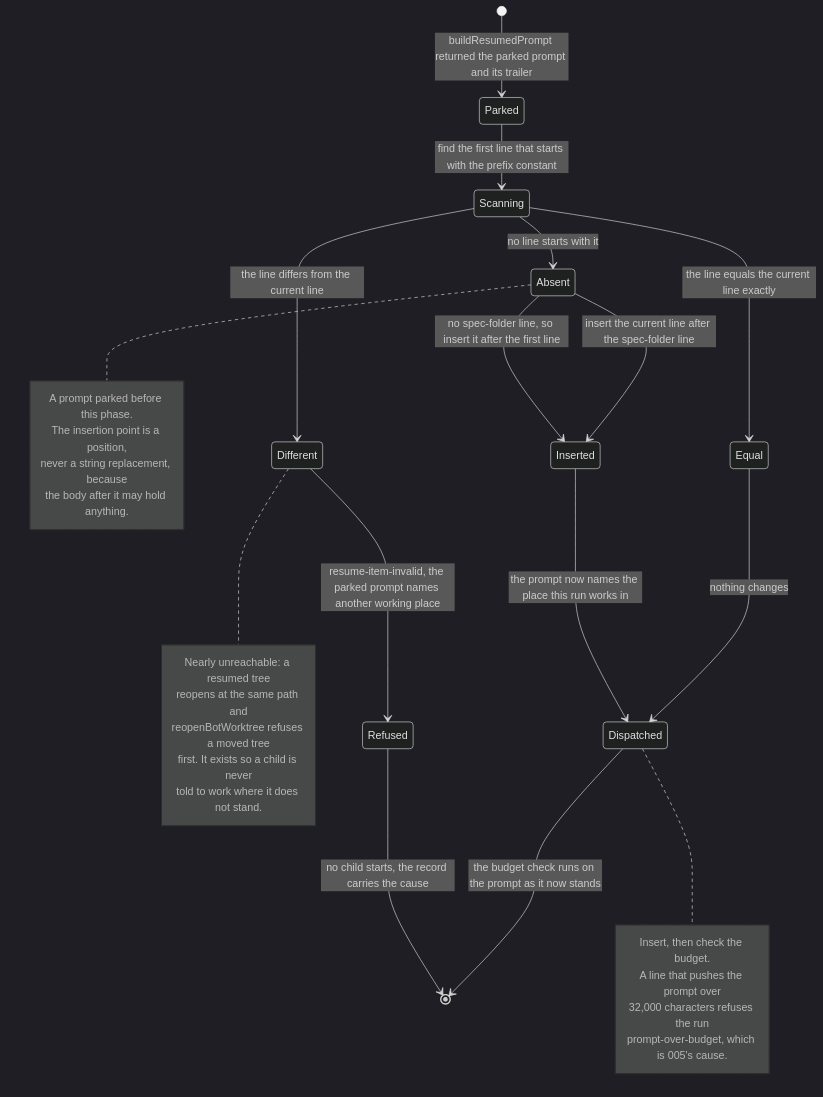
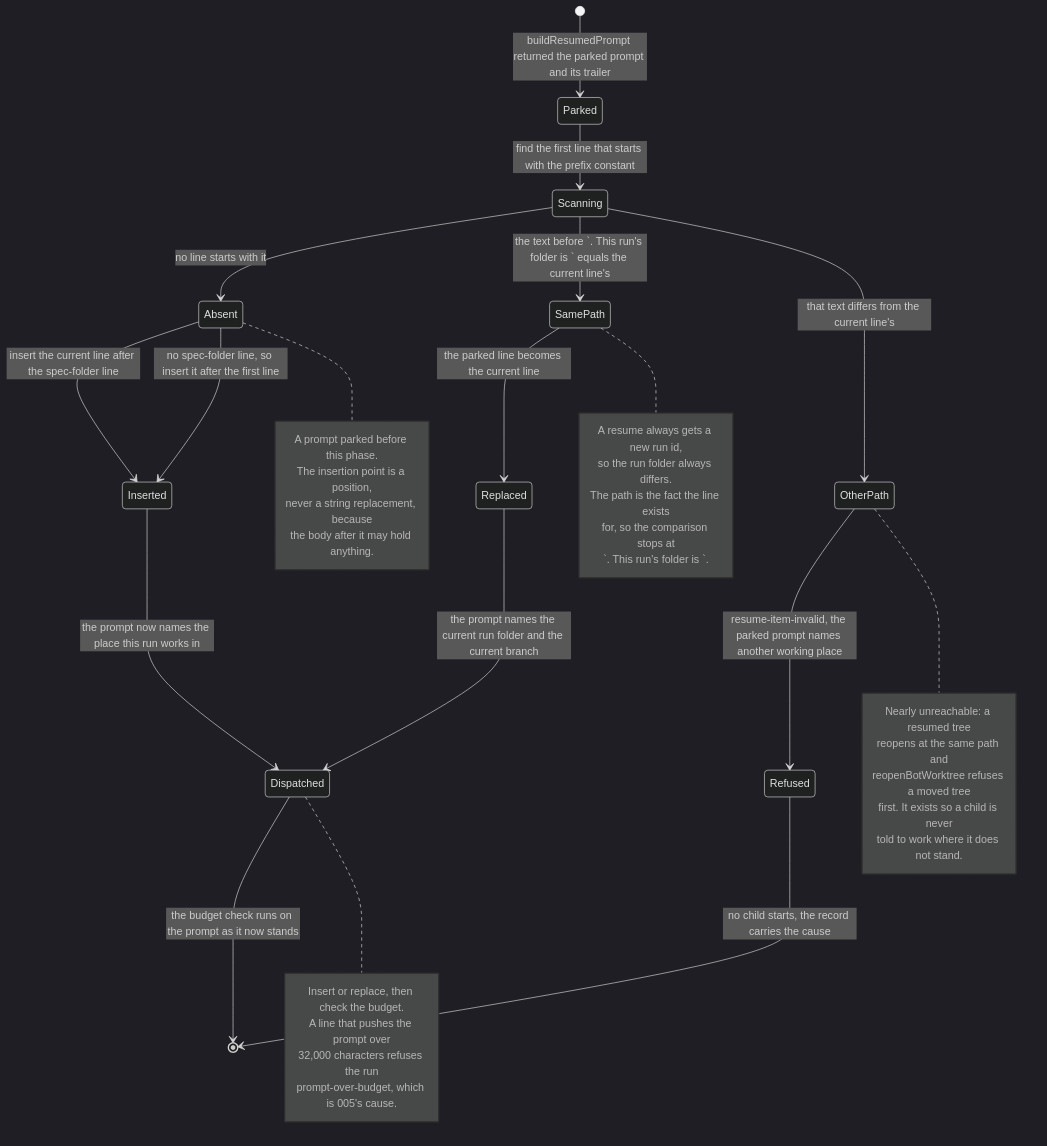
The third of 5 diagrams in specs/system-skilled-bots/003-openbot-parity-build/004-computer-exposure/design/state-machines.md (MichelKerkmeester/skilled-agent-harness_spec-driven-loops), drawn with Mermaid (dark theme) before and after one commit. The commit also changed other lines of this file and 176 other files, not shown here.

````diff
--- a/specs/system-skilled-bots/003-openbot-parity-build/004-computer-exposure/design/state-machines.md
+++ b/specs/system-skilled-bots/003-openbot-parity-build/004-computer-exposure/design/state-machines.md
@@ -111,40 +111,48 @@
 ```mermaid
 stateDiagram-v2
   [*] --> Parked: buildResumedPrompt returned the parked prompt and its trailer
 
   Parked --> Scanning: find the first line that starts with the prefix constant
 
   Scanning --> Absent: no line starts with it
-  Scanning --> Equal: the line equals the current line exactly
-  Scanning --> Different: the line differs from the current line
+  Scanning --> SamePath: the text before `. This run's folder is ` equals the current line's
+  Scanning --> OtherPath: that text differs from the current line's
 
   Absent --> Inserted: insert the current line after the spec-folder line
   Absent --> Inserted: no spec-folder line, so insert it after the first line
 
-  Equal --> Dispatched: nothing changes
+  SamePath --> Replaced: the parked line becomes the current line
   Inserted --> Dispatched: the prompt now names the place this run works in
-  Different --> Refused: resume-item-invalid, the parked prompt names another working place
+  Replaced --> Dispatched: the prompt names the current run folder and the current branch
+  OtherPath --> Refused: resume-item-invalid, the parked prompt names another working place
 
   Dispatched --> [*]: the budget check runs on the prompt as it now stands
   Refused --> [*]: no child starts, the record carries the cause
 
   note right of Absent
     A prompt parked before this phase.
     The insertion point is a position,
     never a string replacement, because
     the body after it may hold anything.
   end note
-  note right of Different
+  note right of SamePath
+    A resume always gets a new run id,
+    so the run folder always differs.
+    The path is the fact the line exists
+    for, so the comparison stops at
+    `. This run's folder is `.
+  end note
+  note right of OtherPath
     Nearly unreachable: a resumed tree
     reopens at the same path and
     reopenBotWorktree refuses a moved tree
     first. It exists so a child is never
     told to work where it does not stand.
   end note
   note right of Dispatched
-    Insert, then check the budget.
+    Insert or replace, then check the budget.
     A line that pushes the prompt over
     32,000 characters refuses the run
     prompt-over-budget, which is 005's cause.
   end note
 ```
````
